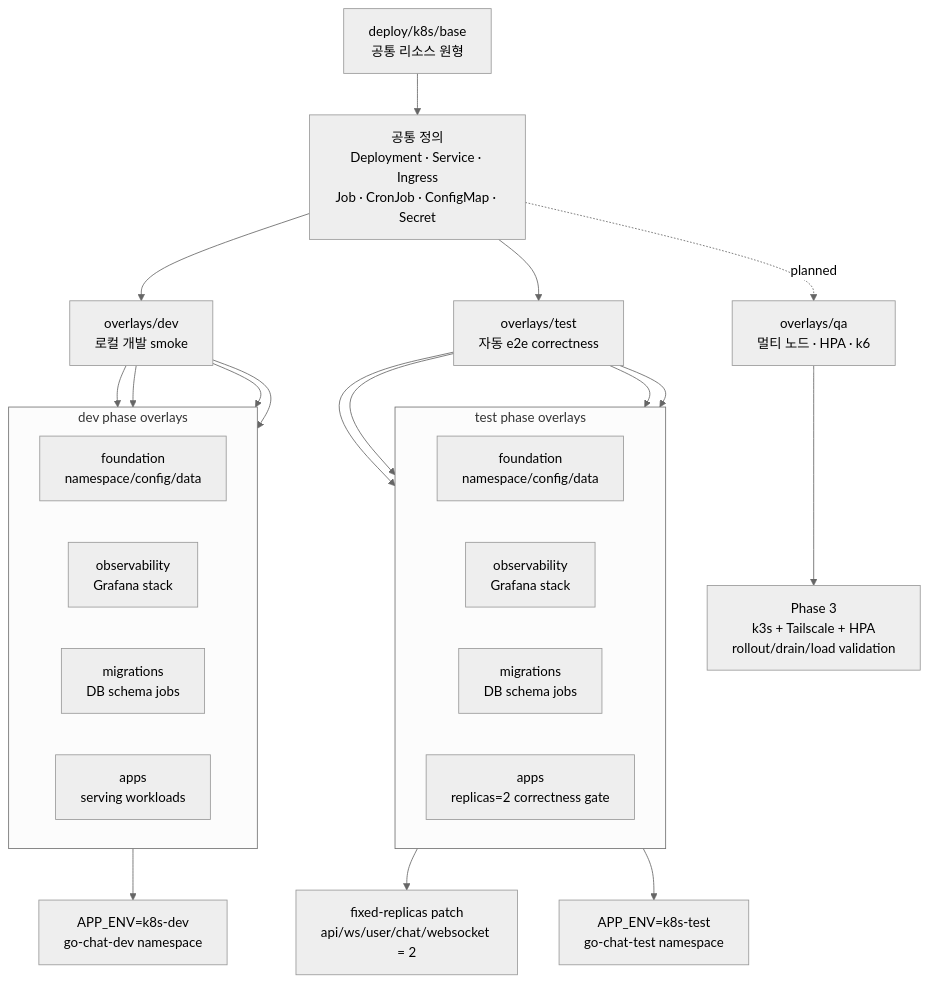
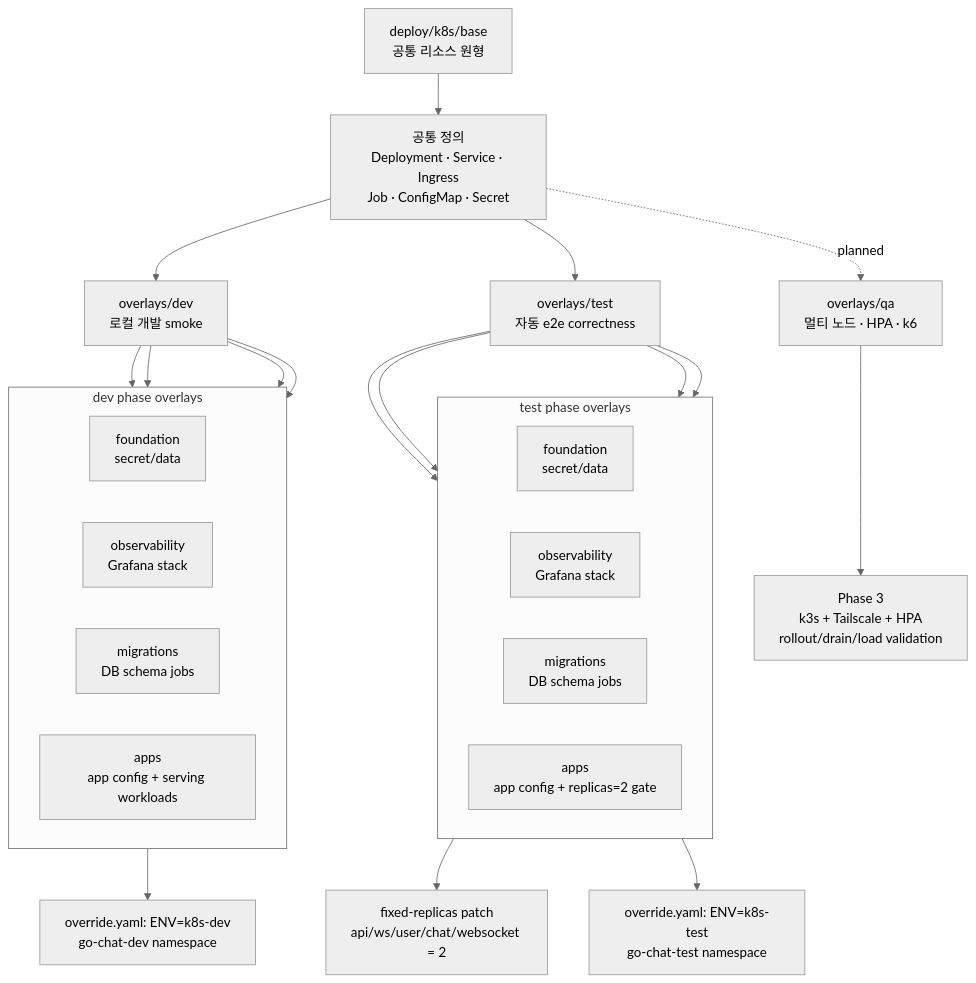
The diagram in docs/diagrams/flow-k8s-overlays.mmd (happyhun/go-chat-msa), drawn with Mermaid (neutral theme) before and after one commit. The commit also changed 4 other files, not shown here.

Commit message:
docs: k8s dev test 구조 문서 최신화

```diff
--- a/docs/diagrams/flow-k8s-overlays.mmd
+++ b/docs/diagrams/flow-k8s-overlays.mmd
@@ -1,40 +1,40 @@
 flowchart TB
     Base["deploy/k8s/base<br/>공통 리소스 원형"]
 
-    Base --> Common["공통 정의<br/>Deployment · Service · Ingress<br/>Job · CronJob · ConfigMap · Secret"]
+    Base --> Common["공통 정의<br/>Deployment · Service · Ingress<br/>Job · ConfigMap · Secret"]
 
     Common --> Dev["overlays/dev<br/>로컬 개발 smoke"]
     Common --> Test["overlays/test<br/>자동 e2e correctness"]
     Common -. "planned" .-> QA["overlays/qa<br/>멀티 노드 · HPA · k6"]
 
     subgraph DevPhases ["dev phase overlays"]
         direction LR
-        DevFoundation["foundation<br/>namespace/config/data"]
+        DevFoundation["foundation<br/>secret/data"]
         DevObs["observability<br/>Grafana stack"]
         DevMig["migrations<br/>DB schema jobs"]
-        DevApps["apps<br/>serving workloads"]
+        DevApps["apps<br/>app config + serving workloads"]
     end
 
     subgraph TestPhases ["test phase overlays"]
         direction LR
-        TestFoundation["foundation<br/>namespace/config/data"]
+        TestFoundation["foundation<br/>secret/data"]
         TestObs["observability<br/>Grafana stack"]
         TestMig["migrations<br/>DB schema jobs"]
-        TestApps["apps<br/>replicas=2 correctness gate"]
+        TestApps["apps<br/>app config + replicas=2 gate"]
     end
 
     Dev --> DevFoundation
     Dev --> DevObs
     Dev --> DevMig
     Dev --> DevApps
 
     Test --> TestFoundation
     Test --> TestObs
     Test --> TestMig
     Test --> TestApps
 
     TestApps --> FixedReplicas["fixed-replicas patch<br/>api/ws/user/chat/websocket = 2"]
-    TestFoundation --> TestConfig["APP_ENV=k8s-test<br/>go-chat-test namespace"]
-    DevFoundation --> DevConfig["APP_ENV=k8s-dev<br/>go-chat-dev namespace"]
+    TestApps --> TestConfig["override.yaml: ENV=k8s-test<br/>go-chat-test namespace"]
+    DevApps --> DevConfig["override.yaml: ENV=k8s-dev<br/>go-chat-dev namespace"]
 
     QA --> QANote["Phase 3<br/>k3s + Tailscale + HPA<br/>rollout/drain/load validation"]
```
